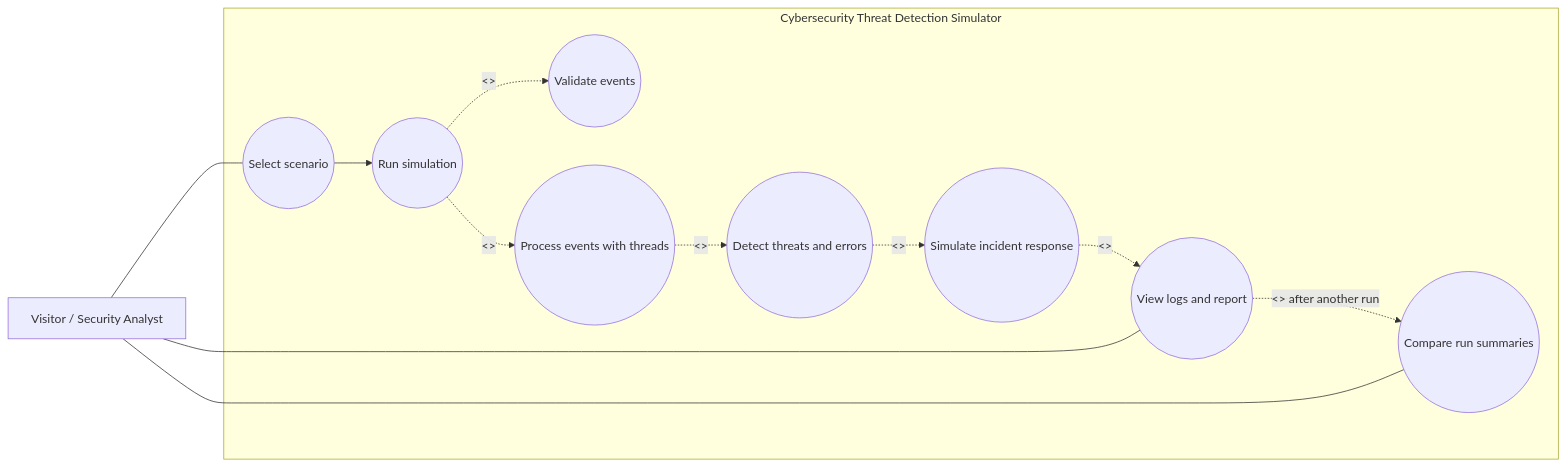
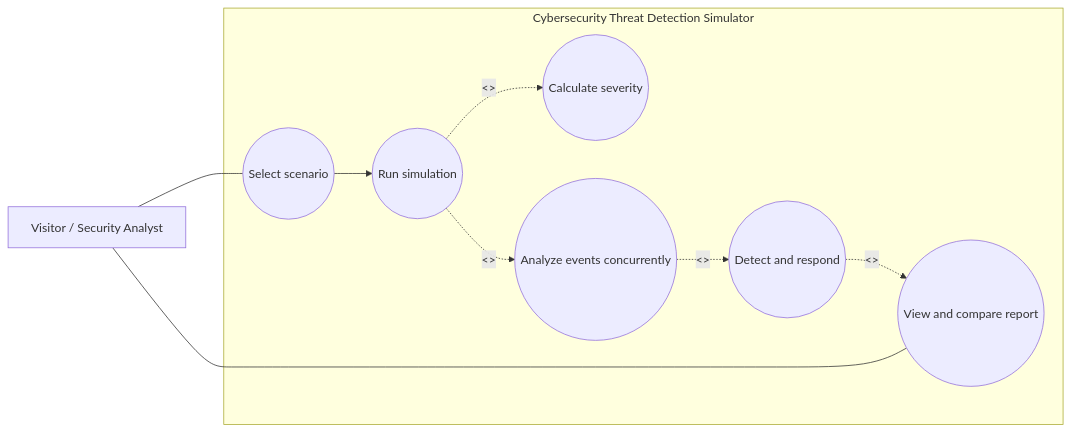
The diagram in usercasediagram.mmd (jaitak2121-spec/CybersecurityThreatdetector), drawn with Mermaid before and after one commit. The commit also changed 19 other files, not shown here.

Commit message:
Calculate severity and simplify project diagrams

```diff
--- a/usercasediagram.mmd
+++ b/usercasediagram.mmd
@@ -1,25 +1,20 @@
 flowchart LR
     USER["Visitor / Security Analyst"]
 
     subgraph SYSTEM["Cybersecurity Threat Detection Simulator"]
         SELECT(("Select scenario"))
         RUN(("Run simulation"))
-        VALIDATE(("Validate events"))
-        MONITOR(("Process events with threads"))
-        DETECT(("Detect threats and errors"))
-        RESPOND(("Simulate incident response"))
-        RESULTS(("View logs and report"))
-        COMPARE(("Compare run summaries"))
+        SCORE(("Calculate severity"))
+        ANALYZE(("Analyze events concurrently"))
+        RESPOND(("Detect and respond"))
+        VIEW(("View and compare report"))
 
         SELECT --> RUN
-        RUN -. "<<include>>" .-> VALIDATE
-        RUN -. "<<include>>" .-> MONITOR
-        MONITOR -. "<<include>>" .-> DETECT
-        DETECT -. "<<include>>" .-> RESPOND
-        RESPOND -. "<<include>>" .-> RESULTS
-        RESULTS -. "<<extend>> after another run" .-> COMPARE
+        RUN -. "<<include>>" .-> SCORE
+        RUN -. "<<include>>" .-> ANALYZE
+        ANALYZE -. "<<include>>" .-> RESPOND
+        RESPOND -. "<<include>>" .-> VIEW
     end
 
     USER --- SELECT
-    USER --- RESULTS
-    USER --- COMPARE
+    USER --- VIEW
```
